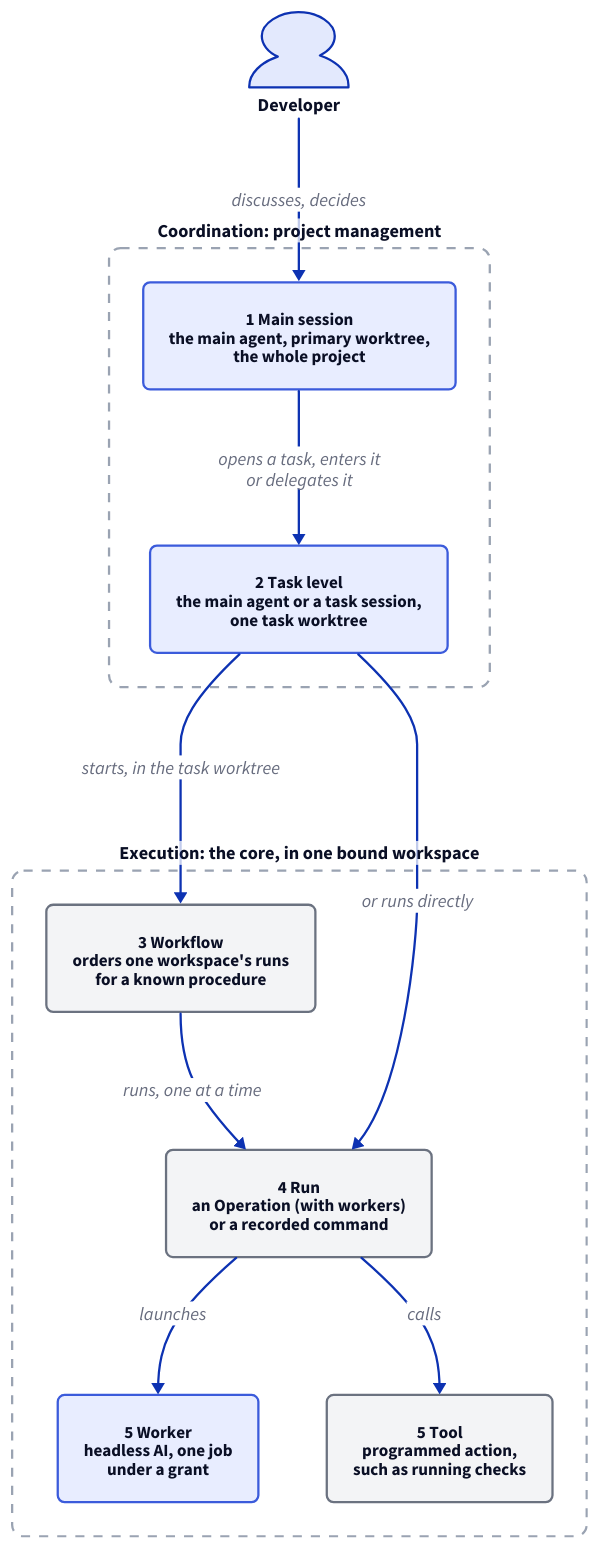
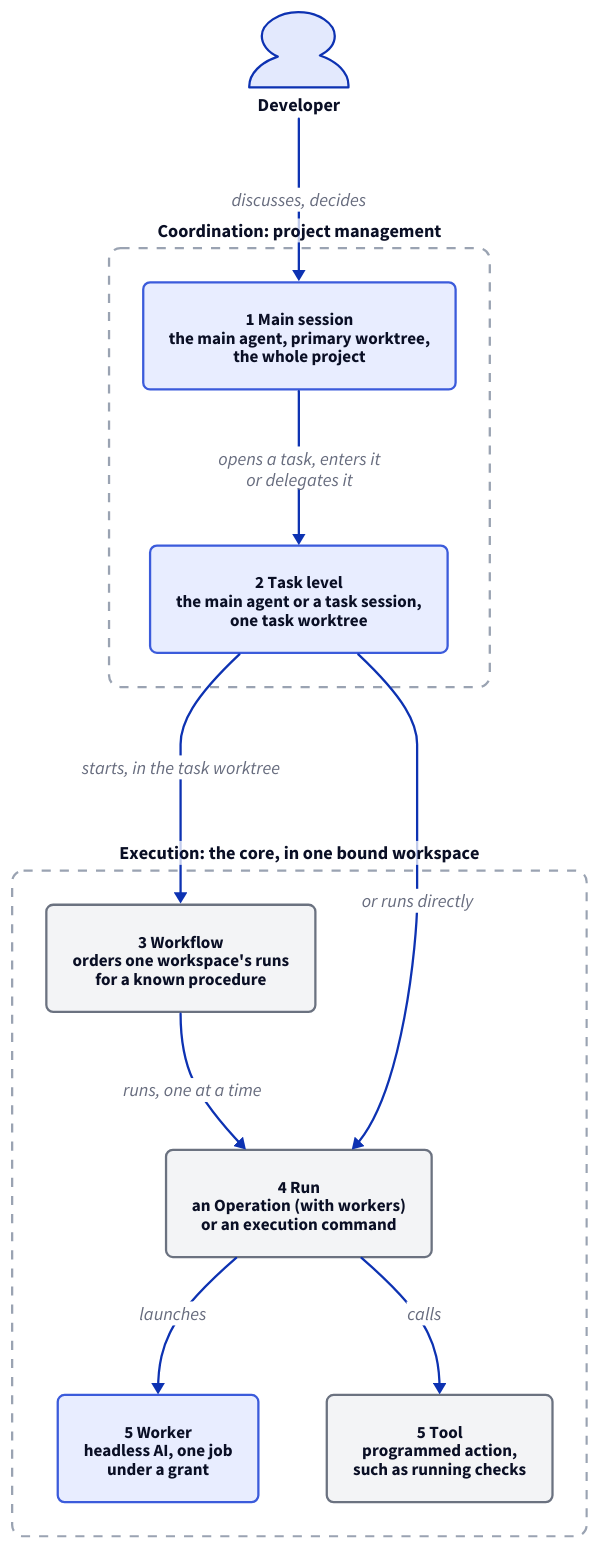
One commit to FTOD/concorde changed the first of 5 diagrams in specs/concorde/module.md. Above: the diagram before and after it, drawn with D2. The commit also changed other lines of this file and 107 other files, not shown here.

````diff
--- a/specs/concorde/module.md
+++ b/specs/concorde/module.md
@@ -48,27 +48,27 @@
 ```d2 illustrative
 classes: {
   agent: {style: {fill: "#e8edff"; stroke: "#3b5bdb"; stroke-width: 2; border-radius: 6; font-size: 15}}
   program: {style: {fill: "#f3f4f6"; stroke: "#6b7280"; stroke-width: 2; border-radius: 6; font-size: 15}}
   layer: {style: {fill: transparent; stroke: "#9aa3b2"; stroke-dash: 4; border-radius: 10; font-size: 16; bold: true}}
 }
 developer: Developer {shape: person}
 coordination: "Coordination: project management" {
   class: layer
   main: "1  Main session\nthe main agent, primary worktree,\nthe whole project" {class: agent}
   task: "2  Task level\nthe main agent or a task session,\none task worktree" {class: agent}
   main -> task: "opens a task, enters it\nor delegates it"
 }
 execution: "Execution: the core, in one bound workspace" {
   class: layer
   workflow: "3  Workflow\norders one workspace's runs\nfor a known procedure" {class: program}
-  run: "4  Run\nan Operation (with workers)\nor a recorded command" {class: program}
+  run: "4  Run\nan Operation (with workers)\nor an execution command" {class: program}
   worker: "5  Worker\nheadless AI, one job\nunder a grant" {class: agent}
   tool: "5  Tool\nprogrammed action,\nsuch as running checks" {class: program}
   workflow -> run: "runs, one at a time"
   run -> worker: launches
   run -> tool: calls
 }
 developer -> coordination.main: "discusses, decides"
 coordination.task -> execution.workflow: "starts, in the task worktree"
 coordination.task -> execution.run: "or runs directly"
 ```
````
